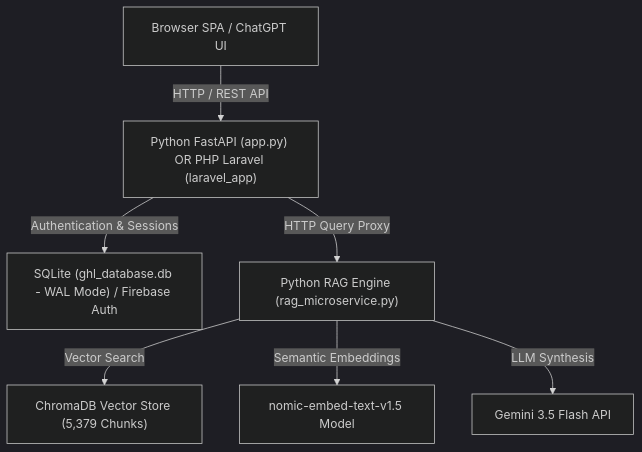
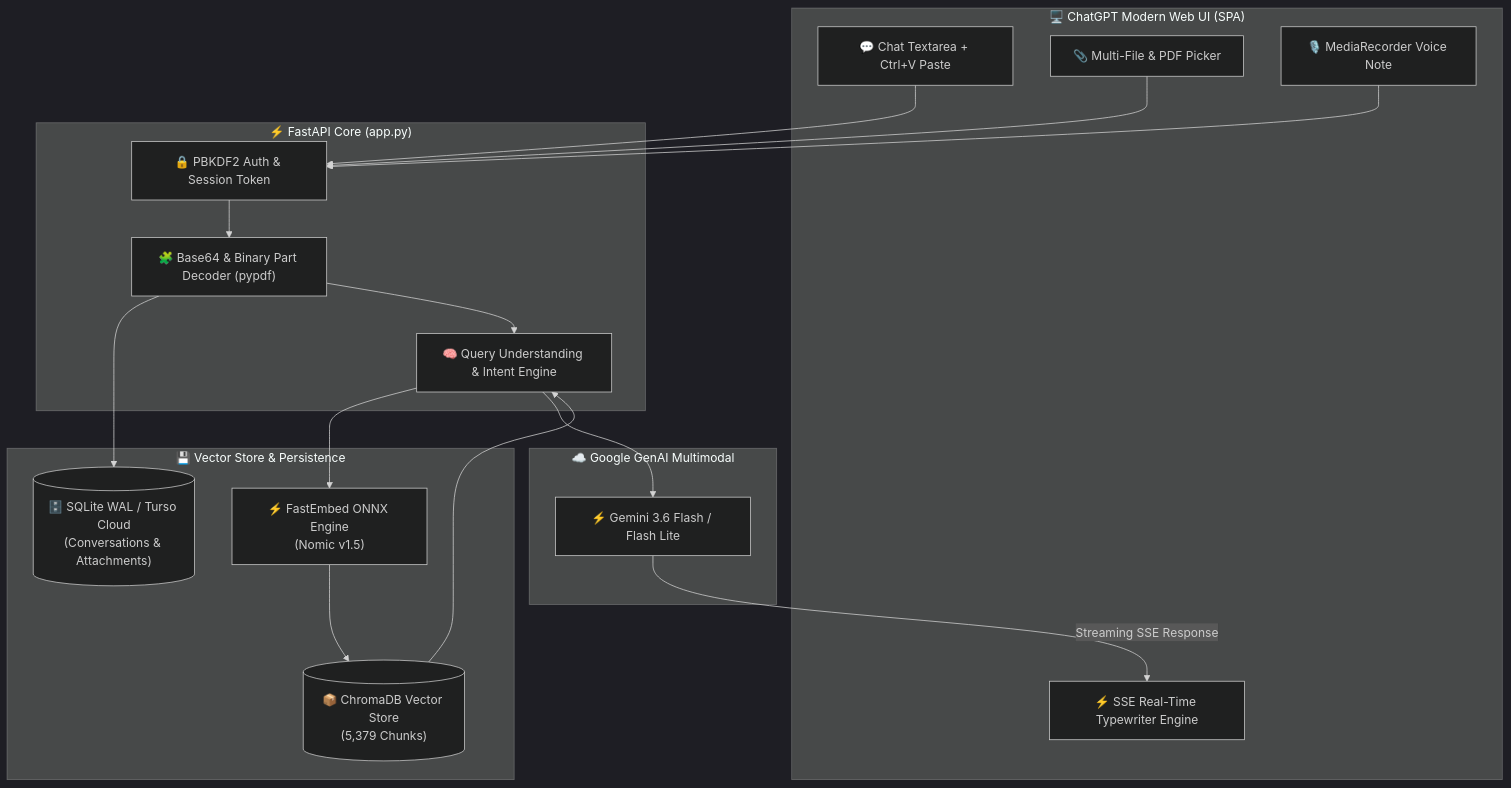
One commit to muhammadokashapak/XortLogix changed the diagram in GHL RAG/README.md. Above: the diagram before and after it, drawn with Mermaid (dark theme). The commit also changed other lines of this file, not shown here.

Commit message:
docs: create VIP enterprise README with multimodal vision, voice and architecture badges

````diff
--- a/GHL RAG/README.md
+++ b/GHL RAG/README.md
@@ -46,9 +51,34 @@
 ```mermaid
-graph TD
-    Client["Browser SPA / ChatGPT UI"] -->|HTTP / REST API| Backend["Python FastAPI (app.py) OR PHP Laravel (laravel_app)"]
-    Backend -->|Authentication & Sessions| DB["SQLite (ghl_database.db - WAL Mode) / Firebase Auth"]
-    Backend -->|HTTP Query Proxy| RAGService["Python RAG Engine (rag_microservice.py)"]
-    RAGService -->|Vector Search| Chroma["ChromaDB Vector Store (5,379 Chunks)"]
-    RAGService -->|Semantic Embeddings| Nomic["nomic-embed-text-v1.5 Model"]
-    RAGService -->|LLM Synthesis| Gemini["Gemini 3.5 Flash API"]
+flowchart TD
+    subgraph Frontend ["🖥️ ChatGPT Modern Web UI (SPA)"]
+        ChatInput["💬 Chat Textarea + Ctrl+V Paste"]
+        FileUpload["📎 Multi-File & PDF Picker"]
+        VoiceRecord["🎙️ MediaRecorder Voice Note"]
+        StreamReader["⚡ SSE Real-Time Typewriter Engine"]
+    end
+
+    subgraph Backend ["⚡ FastAPI Core (app.py)"]
+        AuthMiddleware["🔒 PBKDF2 Auth & Session Token"]
+        MultimodalParser["🧩 Base64 & Binary Part Decoder (pypdf)"]
+        RAGRouter["🧠 Query Understanding & Intent Engine"]
+    end
+
+    subgraph Storage ["💾 Vector Store & Persistence"]
+        ChromaDB[("📦 ChromaDB Vector Store\n(5,379 Chunks)")]
+        FastEmbed["⚡ FastEmbed ONNX Engine\n(Nomic v1.5)"]
+        Database[("🗄️ SQLite WAL / Turso Cloud\n(Conversations & Attachments)")]
+    end
+
+    subgraph AI ["☁️ Google GenAI Multimodal"]
+        GeminiFlash["⚡ Gemini 3.6 Flash / Flash Lite"]
+    end
+
+    ChatInput & FileUpload & VoiceRecord --> AuthMiddleware
+    AuthMiddleware --> MultimodalParser
+    MultimodalParser --> Database
+    MultimodalParser --> RAGRouter
+    RAGRouter --> FastEmbed --> ChromaDB
+    ChromaDB --> RAGRouter
+    RAGRouter --> GeminiFlash
+    GeminiFlash -->|Streaming SSE Response| StreamReader
 ```
````
